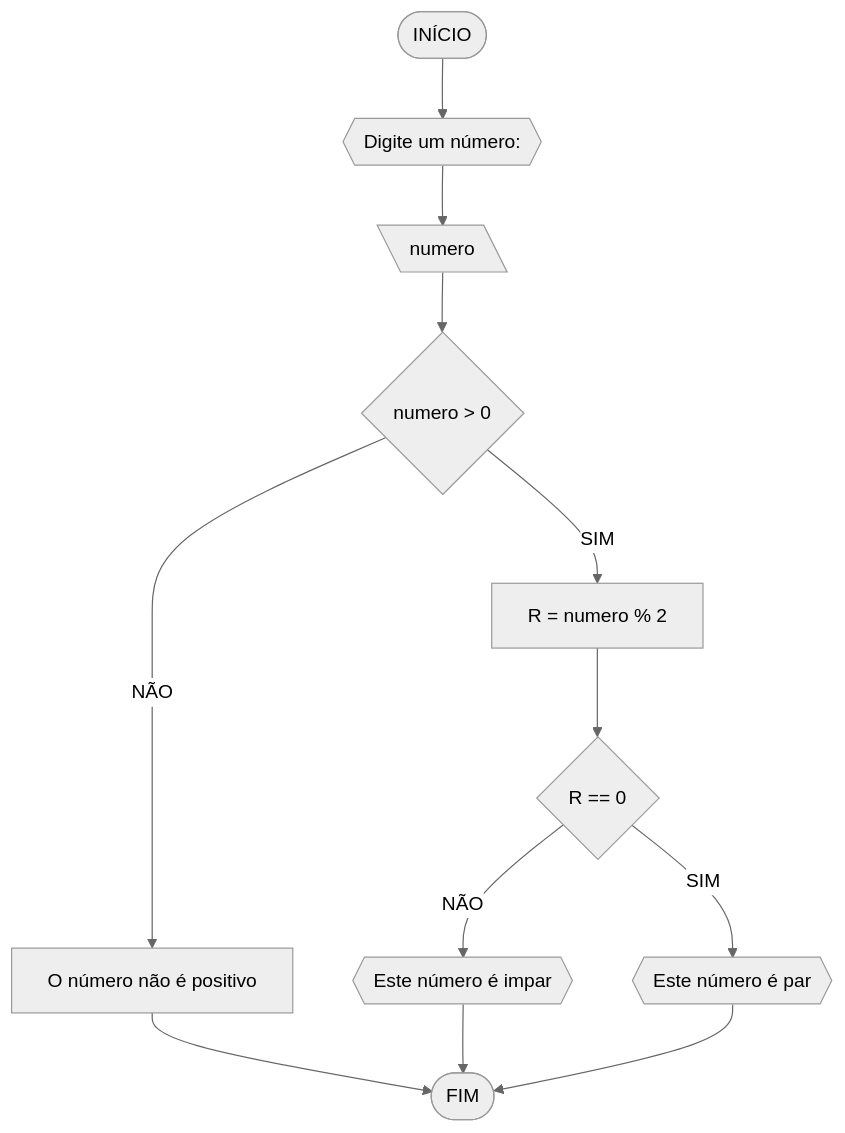
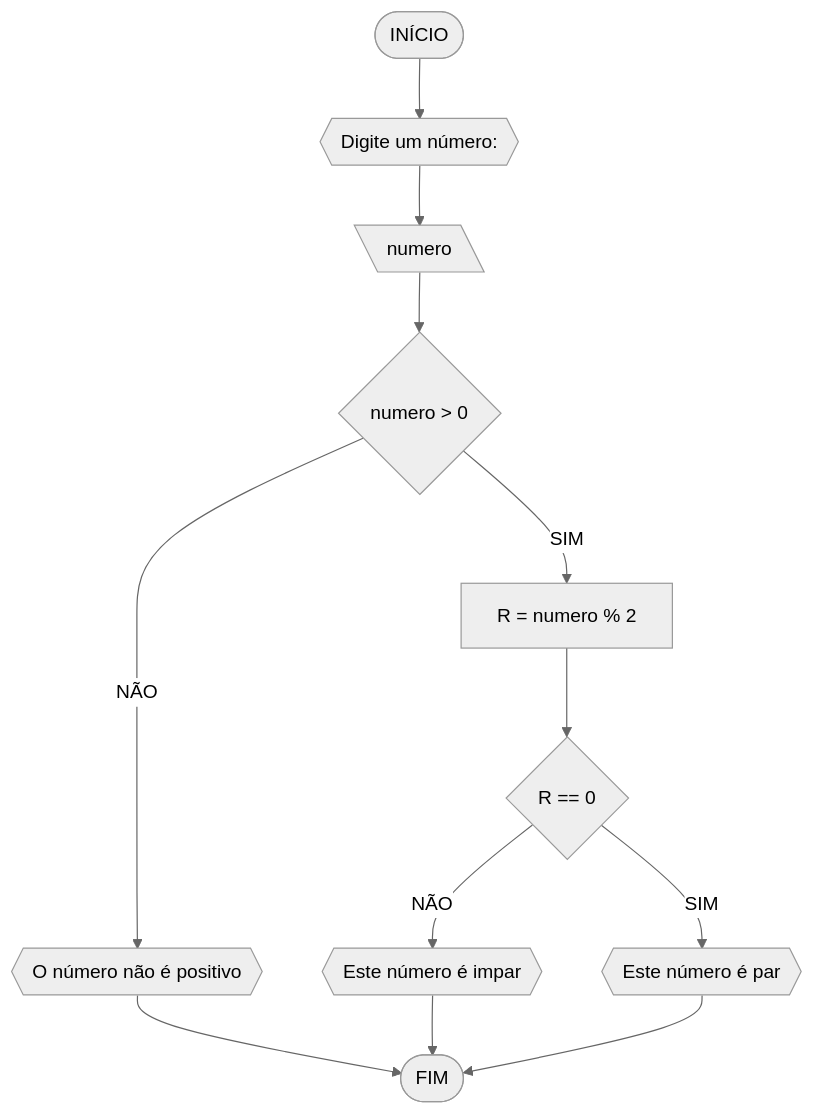
One commit to Danil0Ribeir0/UNIFOR changed the diagram in RLA /lista_fluxogramas.md. Above: the diagram before and after it, drawn with Mermaid (neutral theme).

````diff
--- a/RLA /lista_fluxogramas.md
+++ b/RLA /lista_fluxogramas.md
@@ -6,14 +6,14 @@
 ```mermaid
 flowchart TD
 A([INÍCIO]) --> B{{"Digite um número:"}}
 B --> C[\numero\]
 C --> D{numero > 0}
-D --NÃO--> E["O número não é positivo"]
+D --NÃO--> E{{"O número não é positivo"}}
 D --SIM--> F[R = numero % 2]
 E --> Z([FIM])
 F --> G{R == 0}
 G --NÃO--> H{{Este número é impar}}
 G --SIM--> I{{Este número é par}}
 H --> Z
 I --> Z
 ```
````
